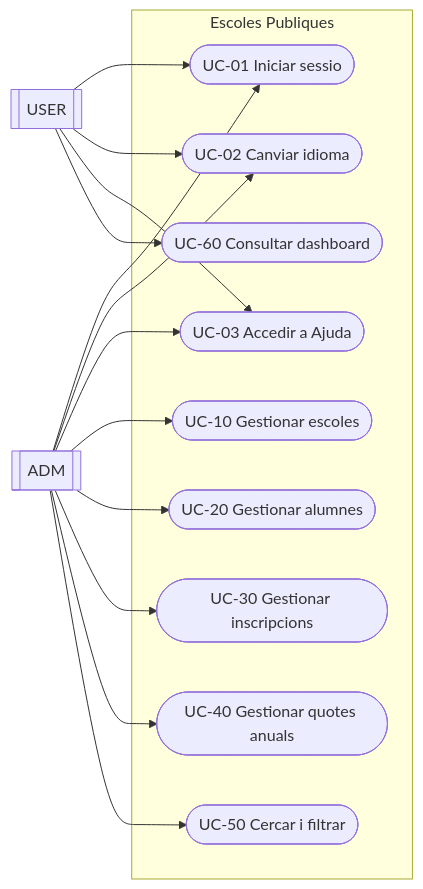
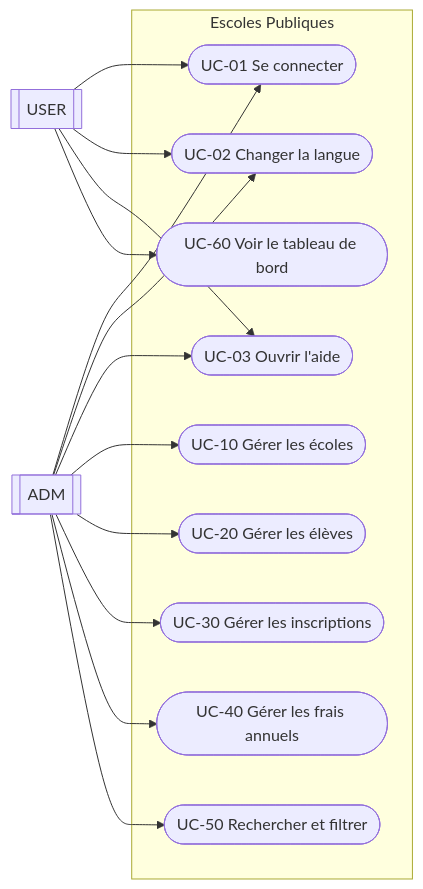
One commit to dmoraroca/escoles-publiques changed the second of 3 diagrams in src/Web/HelpDocs/fr/functional.md. Above: the diagram before and after it, drawn with Mermaid. The commit also changed other lines of this file and 11 other files, not shown here.

````diff
--- a/src/Web/HelpDocs/fr/functional.md
+++ b/src/Web/HelpDocs/fr/functional.md
@@ -63,30 +63,30 @@
 ```mermaid
 flowchart LR
   ADM[[ADM]]
   USER[[USER]]
 
   subgraph S[Escoles Publiques]
-    UC01([UC-01 Iniciar sessio])
-    UC02([UC-02 Canviar idioma])
-    UC03([UC-03 Accedir a Ajuda])
-    UC10([UC-10 Gestionar escoles])
-    UC20([UC-20 Gestionar alumnes])
-    UC30([UC-30 Gestionar inscripcions])
-    UC40([UC-40 Gestionar quotes anuals])
-    UC50([UC-50 Cercar i filtrar])
-    UC60([UC-60 Consultar dashboard])
+    UC01([UC-01 Se connecter])
+    UC02([UC-02 Changer la langue])
+    UC03([UC-03 Ouvrir l'aide])
+    UC10([UC-10 Gérer les écoles])
+    UC20([UC-20 Gérer les élèves])
+    UC30([UC-30 Gérer les inscriptions])
+    UC40([UC-40 Gérer les frais annuels])
+    UC50([UC-50 Rechercher et filtrer])
+    UC60([UC-60 Voir le tableau de bord])
   end
 
   ADM --> UC01
   USER --> UC01
   ADM --> UC02
   USER --> UC02
   ADM --> UC03
   USER --> UC03
   ADM --> UC10
   ADM --> UC20
   ADM --> UC30
   ADM --> UC40
   ADM --> UC50
   USER --> UC60
 ```
````
